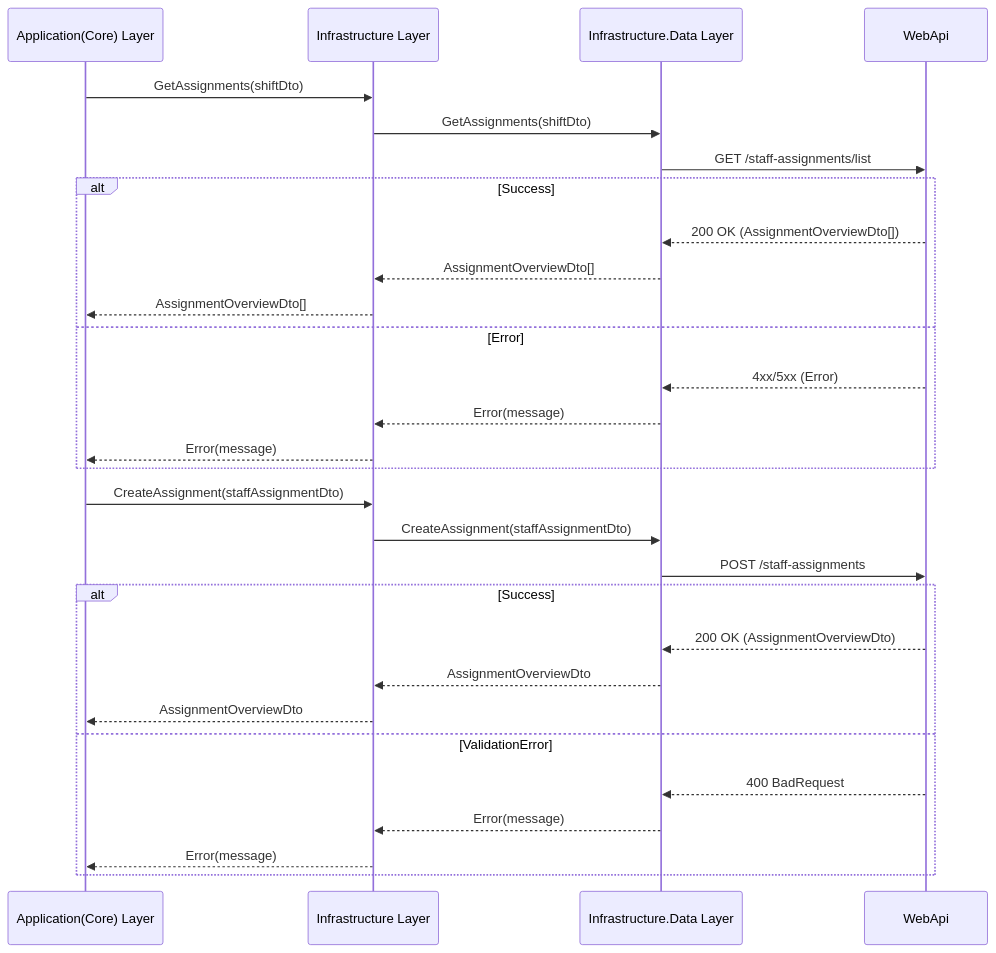
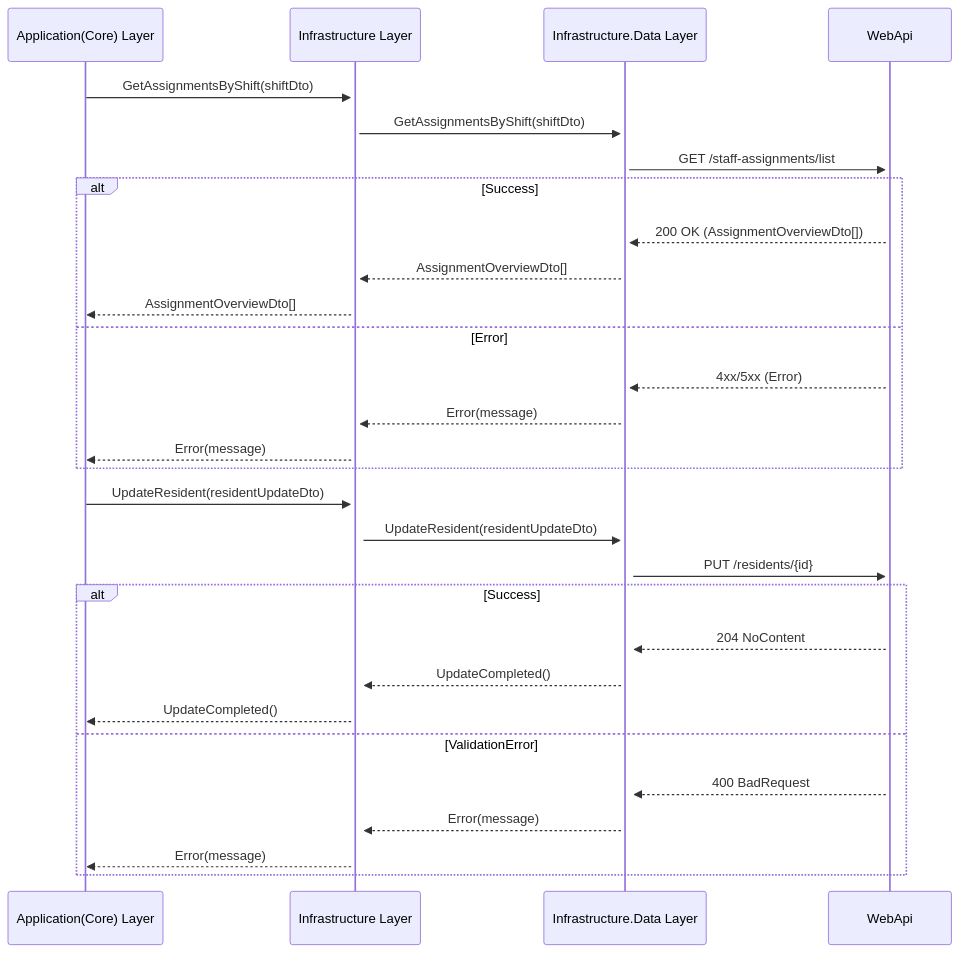
Before and after one commit to DMOoF25-Team6/Slottets-Drifttavlen: the second of 2 diagrams in docs/Examen/sekvens-diagram.md, drawn with Mermaid. The commit also changed other lines of this file, not shown here.

Commit message:
Refine sequence diagram documentation

````diff
--- a/docs/Examen/sekvens-diagram.md
+++ b/docs/Examen/sekvens-diagram.md
@@ -61,46 +73,51 @@
 ```mermaid
 sequenceDiagram
-    participant StaffAssignmentService as Application(Core) Layer
-    participant StaffAssignmentInfrastructure as Infrastructure Layer
-    participant StaffAssignmentManager as Infrastructure.Data Layer
-    participant WebApi as WebApi
+    participant ApplicationLayer as Application(Core) Layer
+    participant InfrastructureLayer as Infrastructure Layer
+    participant InfrastructureDataLayer as Infrastructure.Data Layer
+    participant WebApi
 
-    %% GET ASSIGNMENTS
-    StaffAssignmentService->>StaffAssignmentInfrastructure: GetAssignments(shiftDto)
+    %% LOAD SHIFT OVERVIEW
+    ApplicationLayer->>+InfrastructureLayer: GetAssignmentsByShift(shiftDto)
 
-    StaffAssignmentInfrastructure->>StaffAssignmentManager: GetAssignments(shiftDto)
+    InfrastructureLayer->>+InfrastructureDataLayer: GetAssignmentsByShift(shiftDto)
 
-    StaffAssignmentManager->>WebApi: GET /staff-assignments/list
+    InfrastructureDataLayer->>+WebApi: GET /staff-assignments/list
 
-     alt Success
-        WebApi-->>StaffAssignmentManager: 200 OK (AssignmentOverviewDto[])
-        StaffAssignmentManager-->>StaffAssignmentInfrastructure: AssignmentOverviewDto[]
-        StaffAssignmentInfrastructure-->>StaffAssignmentService: AssignmentOverviewDto[]
-    
+    alt Success
+        WebApi-->>InfrastructureDataLayer: 200 OK (AssignmentOverviewDto[])
 
-     else Error
-        WebApi-->>StaffAssignmentManager: 4xx/5xx (Error)
-        StaffAssignmentManager-->>StaffAssignmentInfrastructure: Error(message)
-        StaffAssignmentInfrastructure-->>StaffAssignmentService: Error(message)
+        InfrastructureDataLayer-->>InfrastructureLayer: AssignmentOverviewDto[]
+
+        InfrastructureLayer-->>ApplicationLayer: AssignmentOverviewDto[]
+
+    else Error
+        WebApi-->>InfrastructureDataLayer: 4xx/5xx (Error)
+
+        InfrastructureDataLayer-->>InfrastructureLayer: Error(message)
+
+        InfrastructureLayer-->>ApplicationLayer: Error(message)
     end
 
-    %% CREATE ASSIGNMENT
-    StaffAssignmentService->>StaffAssignmentInfrastructure: CreateAssignment(staffAssignmentDto)
+    %% UPDATE RESIDENT INFORMATION
+    ApplicationLayer->>+InfrastructureLayer: UpdateResident(residentUpdateDto)
 
-    StaffAssignmentInfrastructure->>StaffAssignmentManager: CreateAssignment(staffAssignmentDto)
+    InfrastructureLayer->>+InfrastructureDataLayer: UpdateResident(residentUpdateDto)
 
-    StaffAssignmentManager->>WebApi: POST /staff-assignments
+    InfrastructureDataLayer->>+WebApi: PUT /residents/{id}
 
     alt Success
-        WebApi-->>StaffAssignmentManager: 200 OK (AssignmentOverviewDto)
-        StaffAssignmentManager-->>StaffAssignmentInfrastructure: AssignmentOverviewDto
-        StaffAssignmentInfrastructure-->>StaffAssignmentService: AssignmentOverviewDto
+        WebApi-->>InfrastructureDataLayer: 204 NoContent
 
-     
+        InfrastructureDataLayer-->>InfrastructureLayer: UpdateCompleted()
+
+        InfrastructureLayer-->>ApplicationLayer: UpdateCompleted()
 
     else ValidationError
-        WebApi-->>StaffAssignmentManager: 400 BadRequest
-        StaffAssignmentManager-->>StaffAssignmentInfrastructure: Error(message)
-        StaffAssignmentInfrastructure-->>StaffAssignmentService: Error(message)
+        WebApi-->>InfrastructureDataLayer: 400 BadRequest
+
+        InfrastructureDataLayer-->>InfrastructureLayer: Error(message)
+
+        InfrastructureLayer-->>ApplicationLayer: Error(message)
     end
 ```
````
